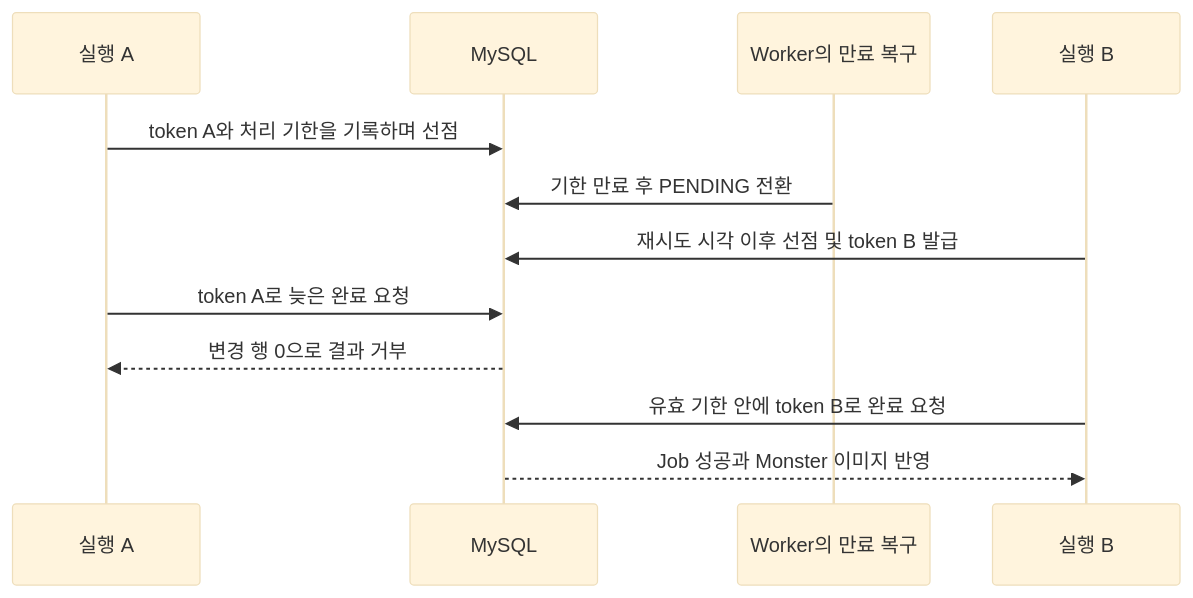
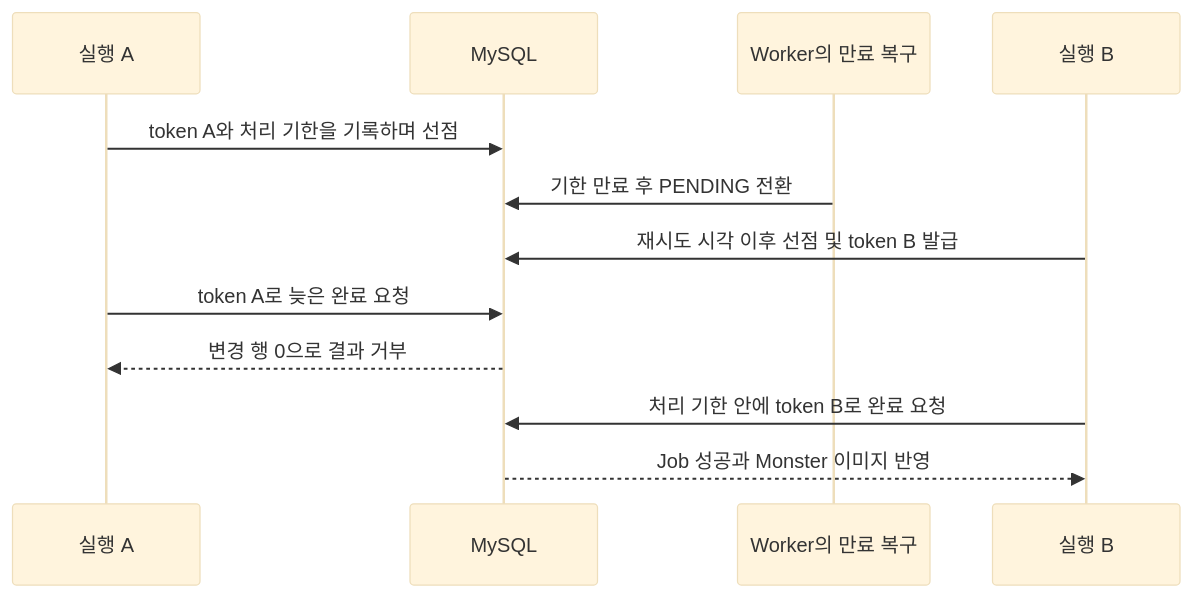
One commit to woowacourse/woowa-writing changed the fifth of 5 diagrams in LEVEL4-milan.md. Above: the diagram before and after it, drawn with Mermaid (base theme). The commit also changed other lines of this file, not shown here.

````diff
--- a/LEVEL4-milan.md
+++ b/LEVEL4-milan.md
@@ -211,15 +204,15 @@
 ```mermaid
 sequenceDiagram
     participant WorkerA as 실행 A
     participant MySQL
     participant Recovery as Worker의 만료 복구
     participant WorkerB as 실행 B
 
     WorkerA->>MySQL: token A와 처리 기한을 기록하며 선점
     Recovery->>MySQL: 기한 만료 후 PENDING 전환
     WorkerB->>MySQL: 재시도 시각 이후 선점 및 token B 발급
     WorkerA->>MySQL: token A로 늦은 완료 요청
     MySQL-->>WorkerA: 변경 행 0으로 결과 거부
-    WorkerB->>MySQL: 유효 기한 안에 token B로 완료 요청
+    WorkerB->>MySQL: 처리 기한 안에 token B로 완료 요청
     MySQL-->>WorkerB: Job 성공과 Monster 이미지 반영
 ```
````
